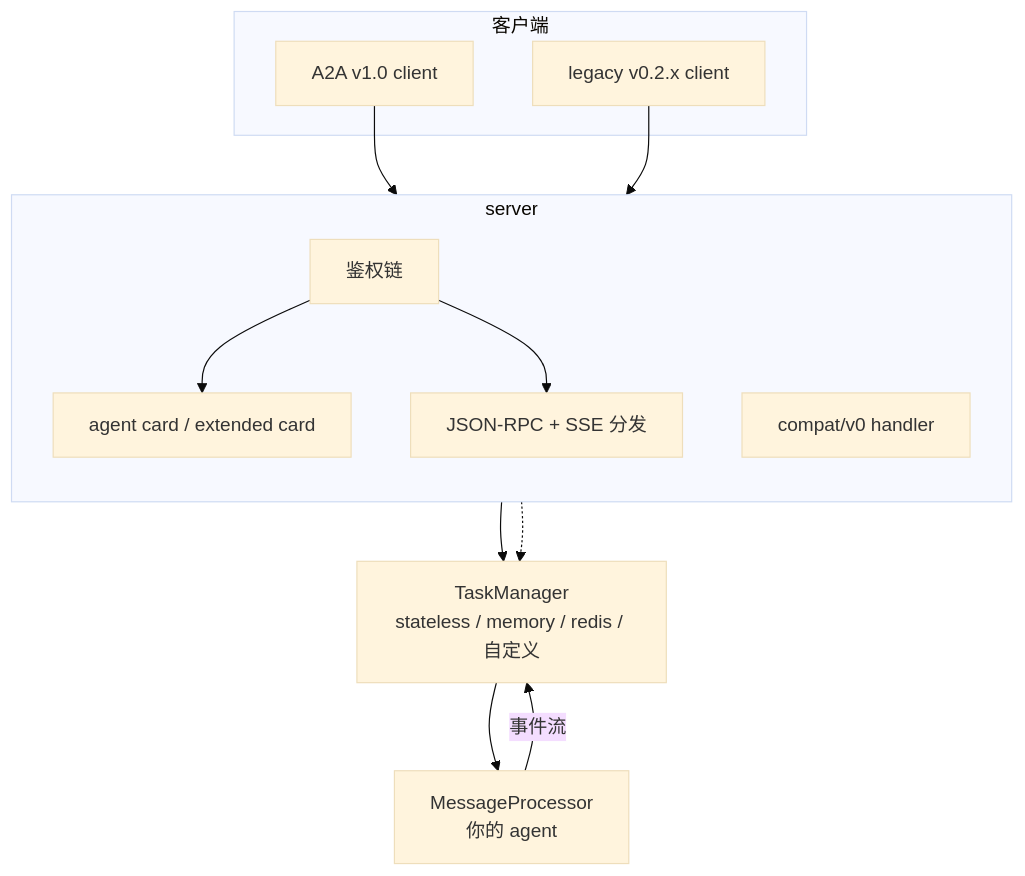
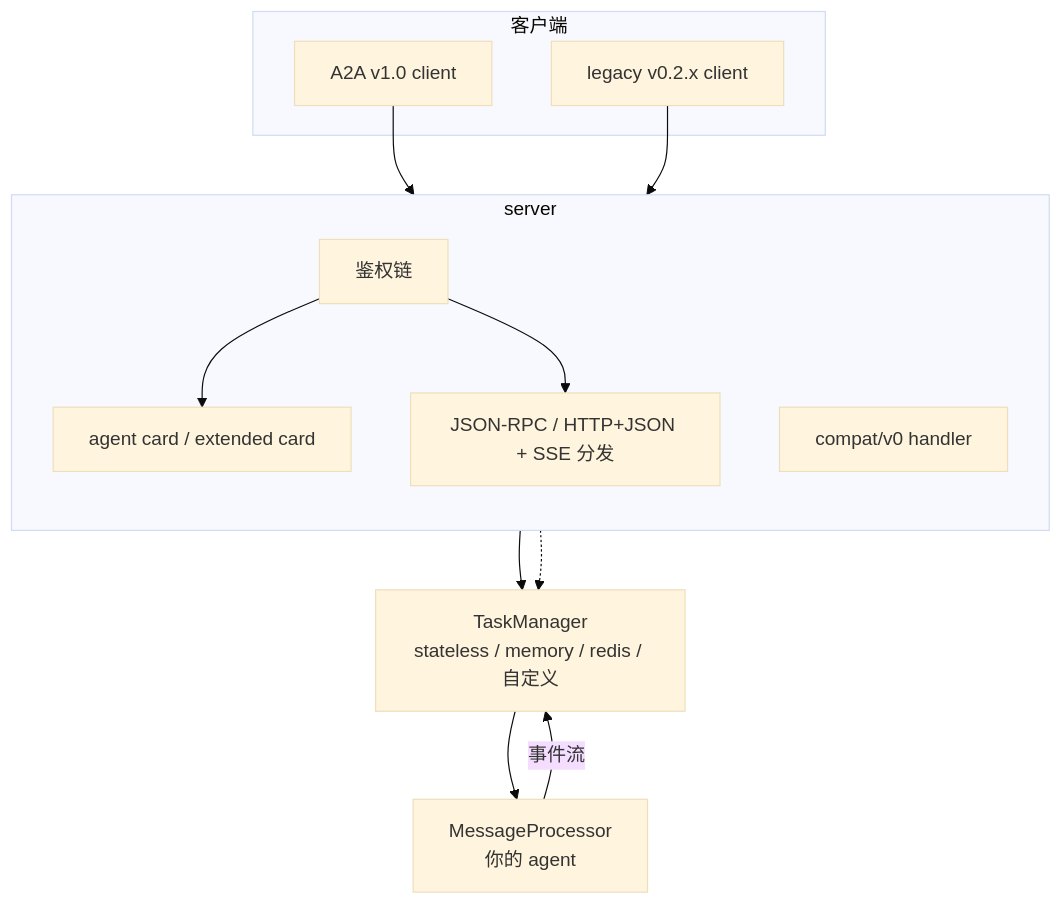
One commit to trpc-group/trpc-a2a-go changed the first of 2 diagrams in docs/mkdocs/zh/overview.md. Above: the diagram before and after it, drawn with Mermaid (base theme). The commit also changed other lines of this file and 40 other files, not shown here.

Commit message:
feat: support HTTP+JSON protocol binding

````diff
--- a/docs/mkdocs/zh/overview.md
+++ b/docs/mkdocs/zh/overview.md
@@ -38,25 +39,25 @@
 ```mermaid
 flowchart TB
     subgraph clients["客户端"]
         C1["A2A v1.0 client"]
         C2["legacy v0.2.x client"]
     end
     subgraph server["server"]
         direction TB
         AUTH["鉴权链"]
         CARD["agent card / extended card"]
-        RPC["JSON-RPC + SSE 分发"]
+        RPC["JSON-RPC / HTTP+JSON + SSE 分发"]
         COMPAT["compat/v0 handler"]
     end
     TM["TaskManager<br/>stateless / memory / redis / 自定义"]
     MP["MessageProcessor<br/>你的 agent"]
 
     C1 --> AUTH
     C2 --> AUTH
     AUTH --> CARD
     AUTH --> RPC
     RPC --> TM
     COMPAT -.-> TM
     TM --> MP
     MP -- "事件流" --> TM
 ```
````
